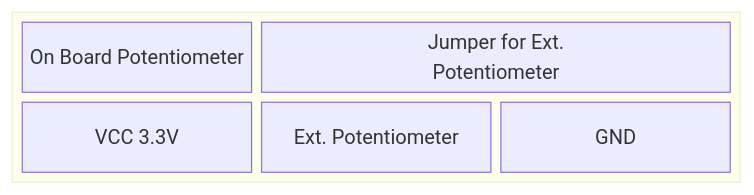
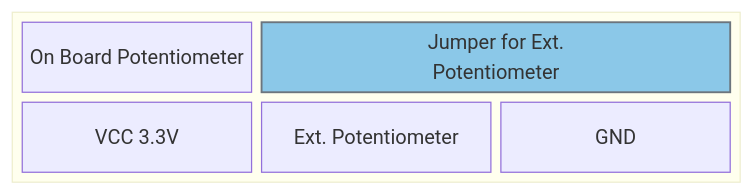
Before and after one commit to KROIA/Voicemail-Box: the fifth of 5 diagrams in Hardware/README.md, drawn with Mermaid. The commit also changed other lines of this file, not shown here.

````diff
--- a/Hardware/README.md
+++ b/Hardware/README.md
@@ -133,14 +133,14 @@
 ```mermaid
 block-beta
     block:group1
         columns 3
         a[" On Board Potentiometer "]
         c[" Jumper for Ext. \n Potentiometer "]:2
         d["VCC 3.3V"]
         e["Ext. Potentiometer"]
         f["GND"]
     end
 
-classDef highlighter fill:#8bc8e8,stroke:#6c757d,stroke-width:1.5px;
-class b highlighter
+classDef highlighter fill:#8bc8e8,stroke:#6c757d,text:#000000,stroke-width:1.5px;
+class c highlighter
 ```
````
